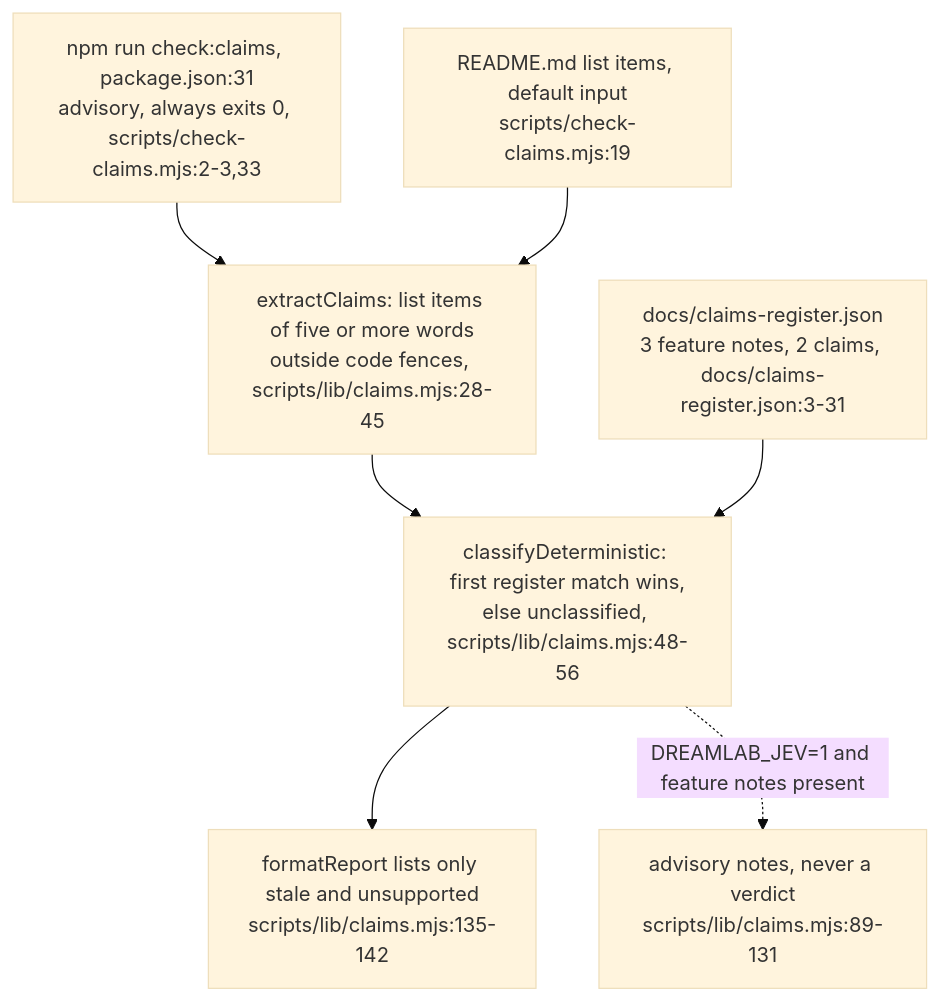
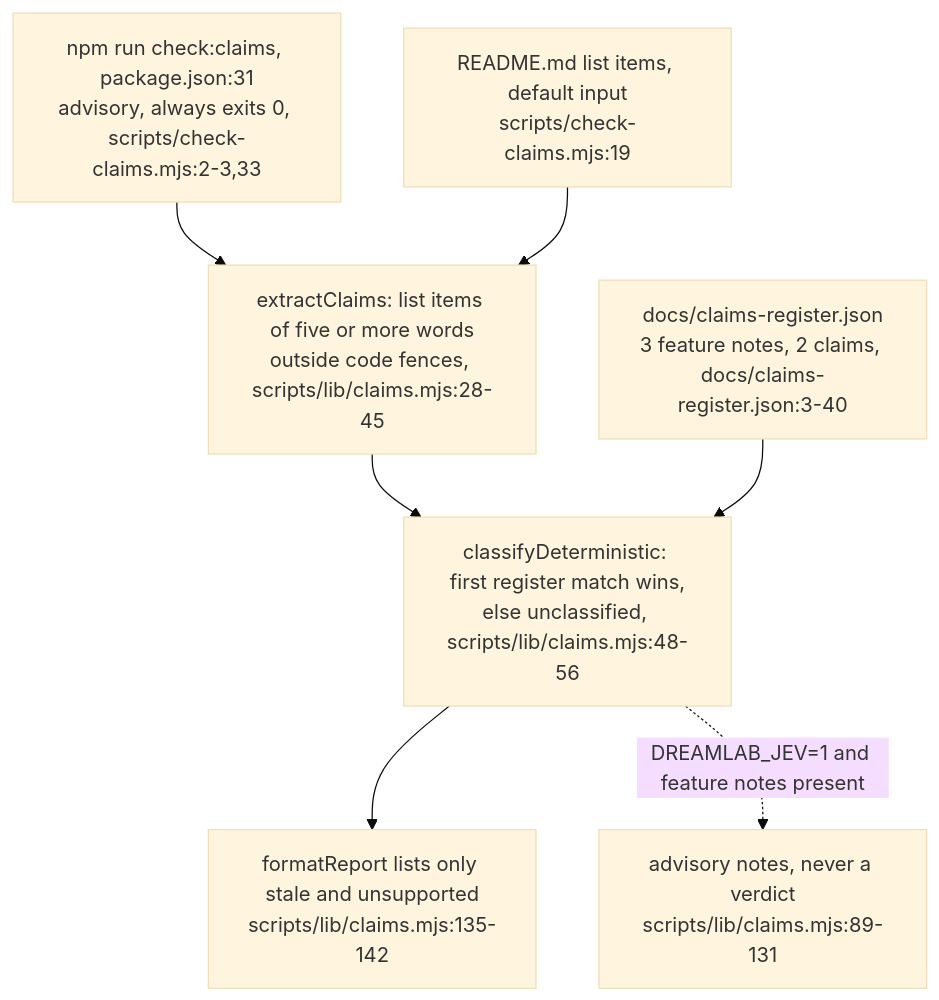
The seventh of 7 diagrams in docs/diagrams/dreamlab-ai-website/06-content-pipeline-and-invariants-register.md (DreamLab-AI/VisionFlow), drawn with Mermaid (base theme) before and after one commit. The commit also changed other lines of this file and 145 other files, not shown here.

````diff
--- a/docs/diagrams/dreamlab-ai-website/06-content-pipeline-and-invariants-register.md
+++ b/docs/diagrams/dreamlab-ai-website/06-content-pipeline-and-invariants-register.md
@@ -136,9 +136,9 @@
 ```mermaid
 flowchart TB
     CLI["npm run check:claims, package.json:31<br/>advisory, always exits 0, scripts/check-claims.mjs:2-3,33"] --> EXTRACT["extractClaims: list items of five or more words<br/>outside code fences, scripts/lib/claims.mjs:28-45"]
     README["README.md list items, default input<br/>scripts/check-claims.mjs:19"] --> EXTRACT
     EXTRACT --> CLASS["classifyDeterministic: first register match wins,<br/>else unclassified, scripts/lib/claims.mjs:48-56"]
-    REG["docs/claims-register.json<br/>3 feature notes, 2 claims, docs/claims-register.json:3-31"] --> CLASS
+    REG["docs/claims-register.json<br/>3 feature notes, 2 claims, docs/claims-register.json:3-40"] --> CLASS
     CLASS --> REPORT["formatReport lists only stale and unsupported<br/>scripts/lib/claims.mjs:135-142"]
     CLASS -.->|"DREAMLAB_JEV=1 and feature notes present"| JEV["advisory notes, never a verdict<br/>scripts/lib/claims.mjs:89-131"]
 ```
````
